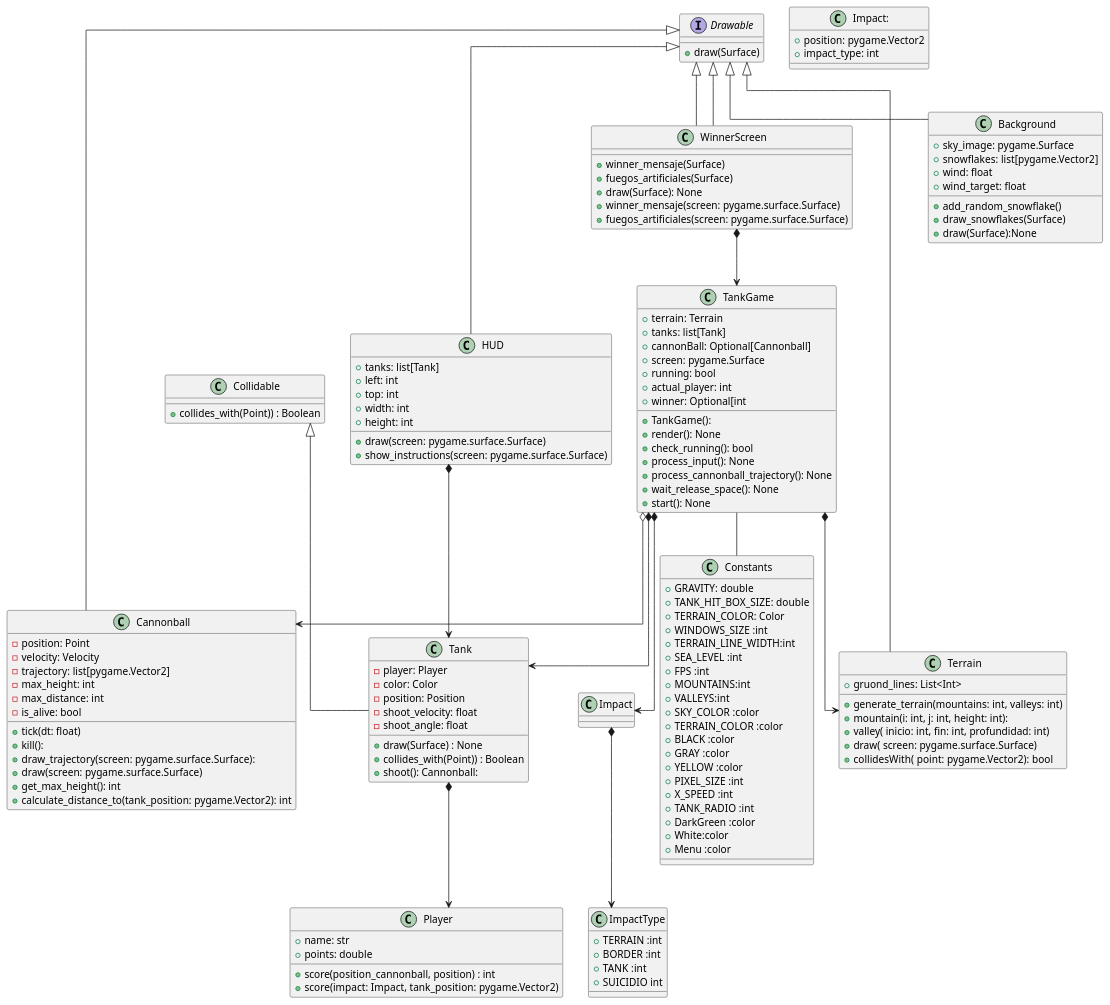
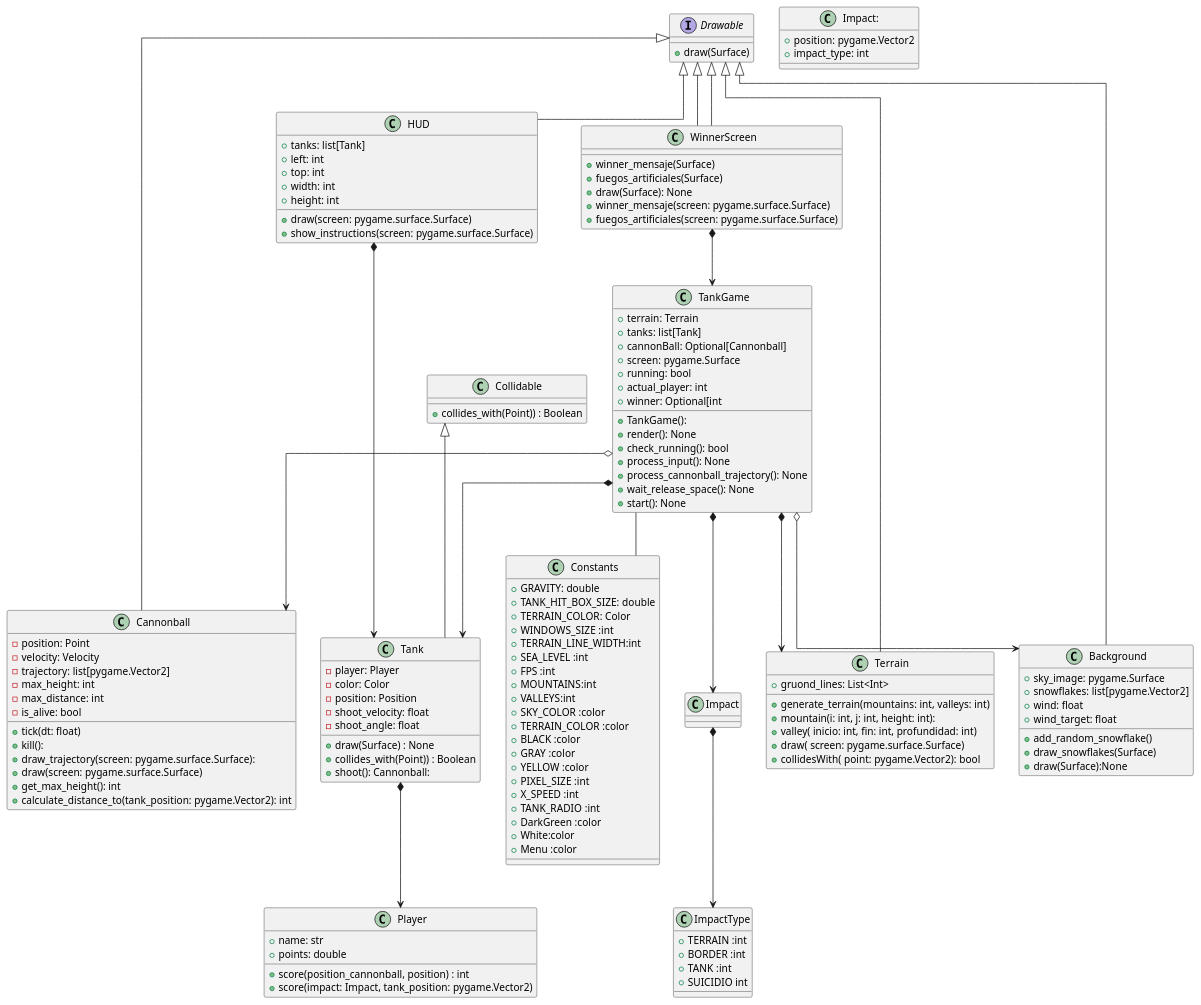
Before and after one commit to fraco-oxza/tankGame: the diagram in uml/entire.plantuml, drawn with PlantUML.

Commit message:
Arreglando el diagrama de clases

```diff
--- a/uml/entire.plantuml
+++ b/uml/entire.plantuml
@@ -1,156 +1,157 @@
 @startuml
 
 top to bottom direction
 skinparam linetype ortho
 
 ' Fco
 class TankGame {
     + terrain: Terrain
     + tanks: list[Tank]
     + cannonBall: Optional[Cannonball]
     + screen: pygame.Surface
     + running: bool
     + actual_player: int
     + winner: Optional[int
 
     + TankGame():
     + render(): None
     + check_running(): bool
     + process_input(): None
     + process_cannonball_trajectory(): None
     + wait_release_space(): None
     + start(): None
 
 }
 
 class Cannonball extends Drawable {
     - position: Point
     - velocity: Velocity
     - trajectory: list[pygame.Vector2]
     - max_height: int
     - max_distance: int
     - is_alive: bool
 
     +tick(dt: float)
     +kill():
     +draw_trajectory(screen: pygame.surface.Surface):
     +draw(screen: pygame.surface.Surface)
     +get_max_height(): int
     +calculate_distance_to(tank_position: pygame.Vector2): int
 
 
 
 }
 
 interface Drawable {
     + draw(Surface)
 }
 
 class HUD extends Drawable{
     + tanks: list[Tank]
     + left: int
     + top: int
     + width: int
     + height: int
  +draw(screen: pygame.surface.Surface)
  +show_instructions(screen: pygame.surface.Surface)
 
  }
 class WinnerScreen extends Drawable{
     +winner_mensaje(Surface)
     +fuegos_artificiales(Surface)
     +draw(Surface): None
 }
 
 class Terrain extends Drawable {
     +gruond_lines: List<Int>
 
     + generate_terrain(mountains: int, valleys: int)
     +mountain(i: int, j: int, height: int):
     +valley( inicio: int, fin: int, profundidad: int)
     +draw( screen: pygame.surface.Surface)
     +collidesWith( point: pygame.Vector2): bool
 }
 class Collidable {
  +collides_with(Point)) : Boolean
 }
 
 class Background extends Drawable{
     +sky_image: pygame.Surface
     +snowflakes: list[pygame.Vector2]
     +wind: float
     +wind_target: float
 
     + add_random_snowflake()
     + draw_snowflakes(Surface)
     +draw(Surface):None
 }
 class Tank extends Collidable  {
     - player: Player
     - color: Color
     - position: Position
     -shoot_velocity: float
     -shoot_angle: float
 
     +draw(Surface) : None
     +collides_with(Point)) : Boolean
     +shoot(): Cannonball:
 }
 
 class Player {
     +name: str
     + points: double
     +score(position_cannonball, position) : int
     +score(impact: Impact, tank_position: pygame.Vector2)
 }
 class WinnerScreen extends Drawable
 {
     +winner_mensaje(screen: pygame.surface.Surface)
     +fuegos_artificiales(screen: pygame.surface.Surface)
 }
 class Impact:
 {
     +position: pygame.Vector2
     +impact_type: int
 
 }
 
 class Constants {
     + GRAVITY: double
     + TANK_HIT_BOX_SIZE: double
     + TERRAIN_COLOR: Color
     + WINDOWS_SIZE :int
     + TERRAIN_LINE_WIDTH:int
     + SEA_LEVEL :int
     + FPS :int
     +MOUNTAINS:int
     +VALLEYS:int
     +SKY_COLOR :color
     +TERRAIN_COLOR :color
     +BLACK :color
     +GRAY :color
     +YELLOW :color
     +PIXEL_SIZE :int
     +X_SPEED :int
     +TANK_RADIO :int
     +DarkGreen :color
     +White:color
     +Menu :color
 }
 class ImpactType{
     +TERRAIN :int
     +BORDER :int
     +TANK :int
     +SUICIDIO int
 }
 TankGame -- Constants
 WinnerScreen *-->  TankGame
 TankGame *--> Tank
 TankGame o--> Cannonball
 TankGame *--> Terrain
+TankGame o-->Background
 Tank *--> Player
 HUD *--> Tank
 Impact *-->ImpactType
 TankGame *-->Impact
 
 @enduml
```
